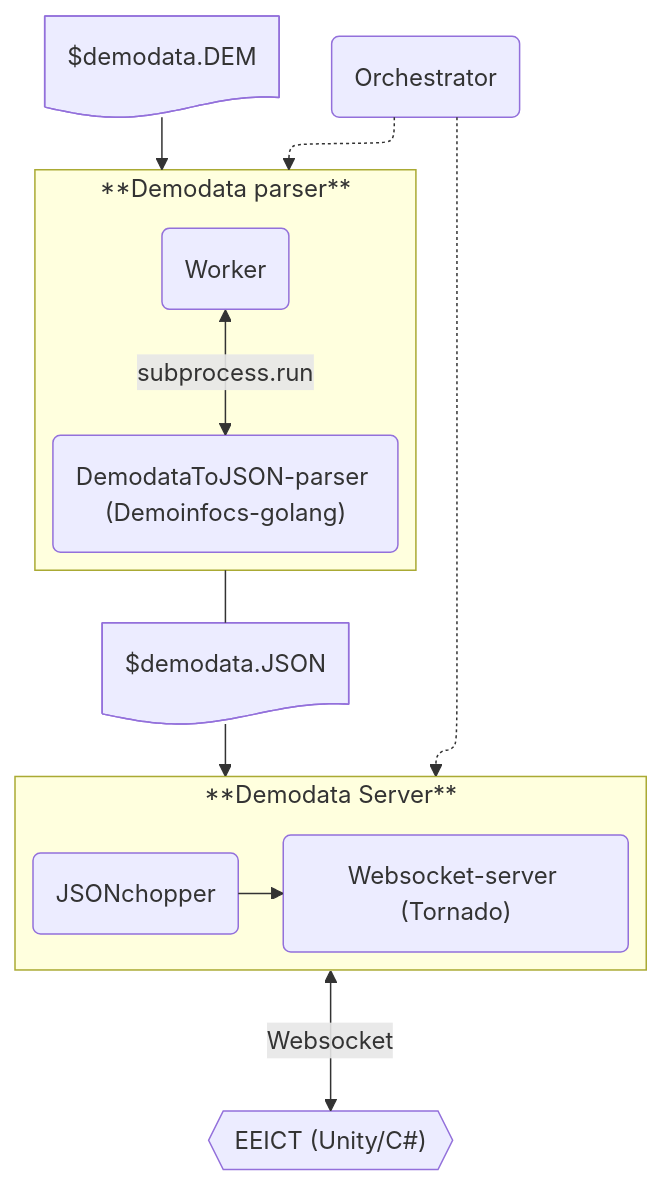
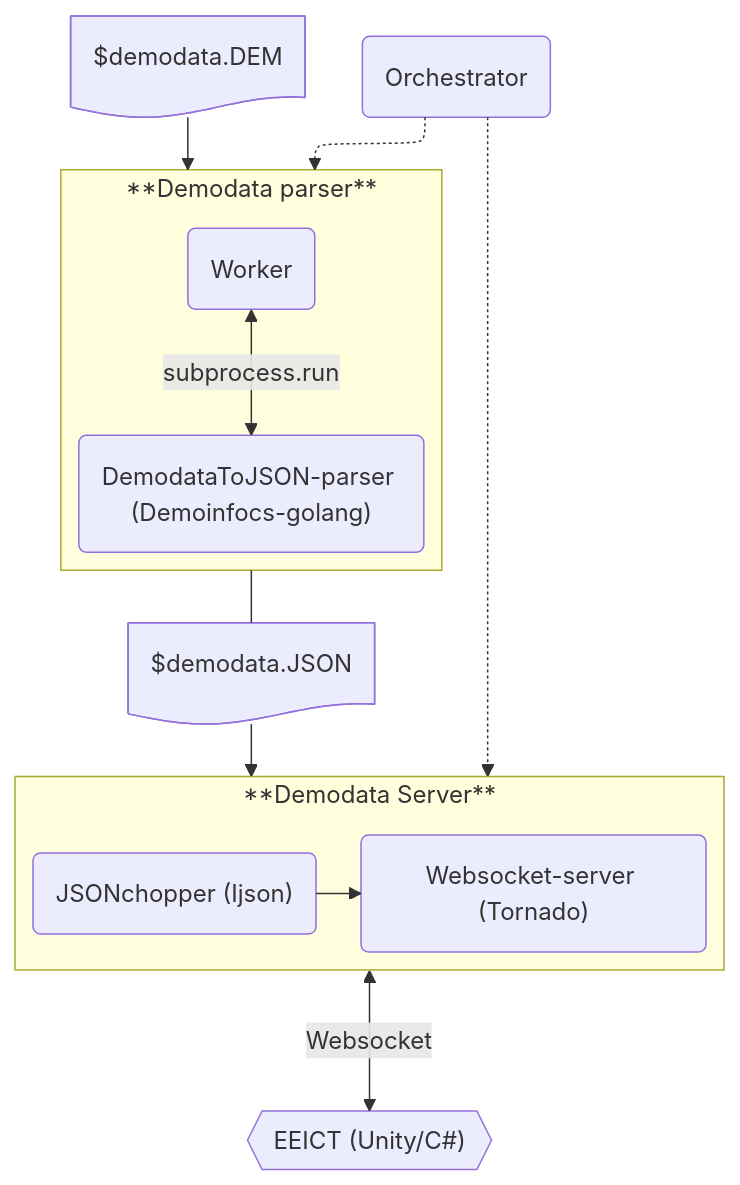
The diagram in tekninen_suunnittelu/backend/cs2-demodata_to_eeict.md (ohtuprojekti-Elisa/suunnitteludokumentaatio), drawn with Mermaid before and after one commit. The commit also changed other lines of this file, not shown here.

Commit message:
Lisätty Ijson

````diff
--- a/tekninen_suunnittelu/backend/cs2-demodata_to_eeict.md
+++ b/tekninen_suunnittelu/backend/cs2-demodata_to_eeict.md
@@ -6,35 +6,35 @@
 ```mermaid
 
 %%{init: {"flowchart": {"defaultRenderer": "elk"}} }%%
 
 flowchart TB
 
     dem@{ shape: doc, label: "$demodata.DEM"}
     dem --> parser
 
     direction TB
     orch("Orchestrator")
     orch -.-> parser
     orch -.-> server
     
     subgraph parser ["**Demodata parser**"]
         worker("Worker")
         worker <--"subprocess.run"--> B
         B("DemodataToJSON-parser (Demoinfocs-golang)")
     end
 
     parser --- json
     json@{ shape: doc, label: "$demodata.JSON"}
     json --> server
 
     subgraph server ["**Demodata Server**"]
         direction LR
-        D("JSONchopper") 
+        D("JSONchopper (Ijson)") 
         D --> E
         E("Websocket-server (Tornado)")
     end
     
     server <--"Websocket"--> eeict
     eeict{{"EEICT (Unity/C#)"}}
     
 ```
````
